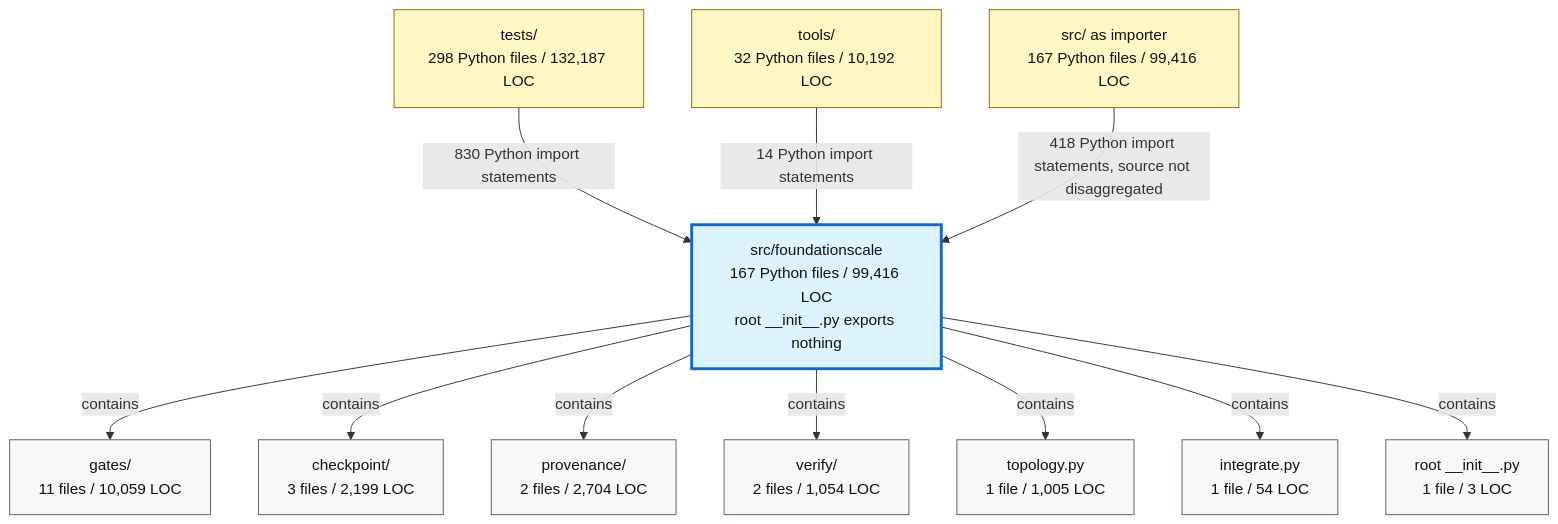
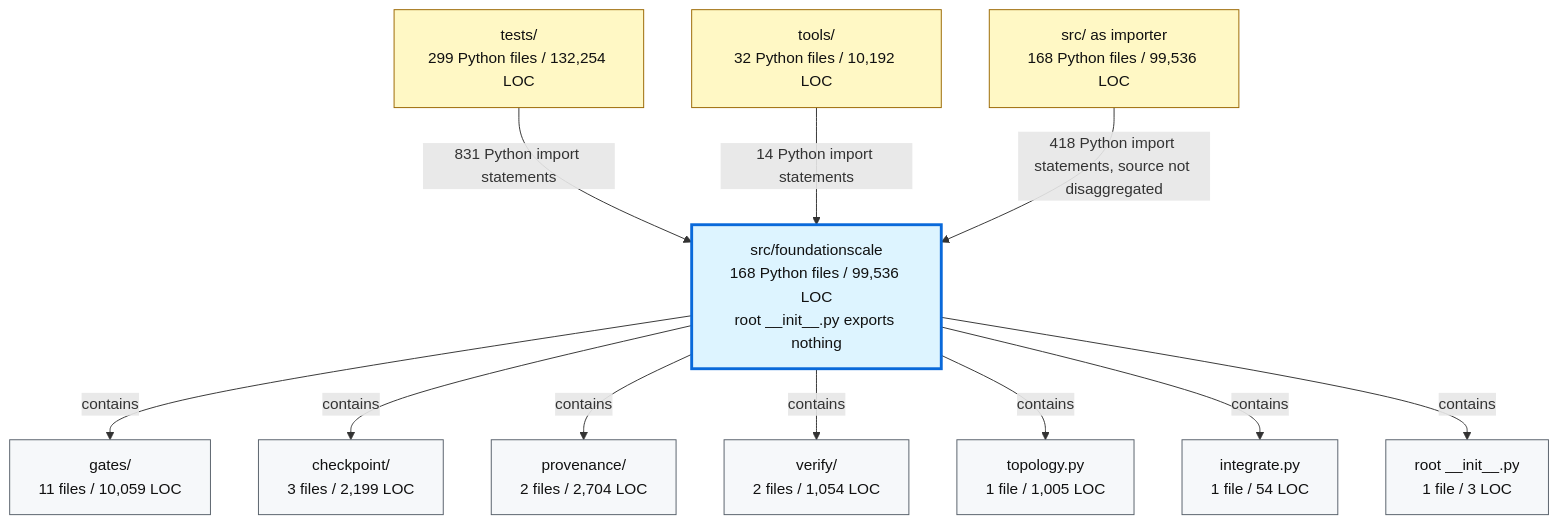
The second of 2 diagrams in docs/review/D2_current_architecture.md (TranNhiem/FoundationScale), drawn with Mermaid before and after one commit. The commit also changed other lines of this file and 10 other files, not shown here.

````diff
--- a/docs/review/D2_current_architecture.md
+++ b/docs/review/D2_current_architecture.md
@@ -97,36 +97,36 @@
 ```mermaid
 flowchart TB
-  TESTS["tests/<br/>298 Python files / 132,187 LOC"]
+  TESTS["tests/<br/>299 Python files / 132,254 LOC"]
   TOOLS["tools/<br/>32 Python files / 10,192 LOC"]
-  SRC["src/ as importer<br/>167 Python files / 99,416 LOC"]
+  SRC["src/ as importer<br/>168 Python files / 99,536 LOC"]
 
-  FS["src/foundationscale<br/>167 Python files / 99,416 LOC<br/>root __init__.py exports nothing"]
+  FS["src/foundationscale<br/>168 Python files / 99,536 LOC<br/>root __init__.py exports nothing"]
 
   GATES["gates/<br/>11 files / 10,059 LOC"]
   CKPT["checkpoint/<br/>3 files / 2,199 LOC"]
   PROV["provenance/<br/>2 files / 2,704 LOC"]
   VERIFY["verify/<br/>2 files / 1,054 LOC"]
   TOPO["topology.py<br/>1 file / 1,005 LOC"]
   INTEG["integrate.py<br/>1 file / 54 LOC"]
   ROOT["root __init__.py<br/>1 file / 3 LOC"]
 
-  TESTS -->|"830 Python import statements"| FS
+  TESTS -->|"831 Python import statements"| FS
   TOOLS -->|"14 Python import statements"| FS
   SRC -->|"418 Python import statements, source not disaggregated"| FS
 
   FS -->|"contains"| GATES
   FS -->|"contains"| CKPT
   FS -->|"contains"| PROV
   FS -->|"contains"| VERIFY
   FS -->|"contains"| TOPO
   FS -->|"contains"| INTEG
   FS -->|"contains"| ROOT
 
   classDef consumer fill:#fff8c5,stroke:#9a6700,color:#111;
   classDef package fill:#ddf4ff,stroke:#0969da,stroke-width:3px,color:#111;
   classDef module fill:#f6f8fa,stroke:#57606a,color:#111;
 
   class TESTS,TOOLS,SRC consumer;
   class FS package;
   class GATES,CKPT,PROV,VERIFY,TOPO,INTEG,ROOT module;
 ```
````
